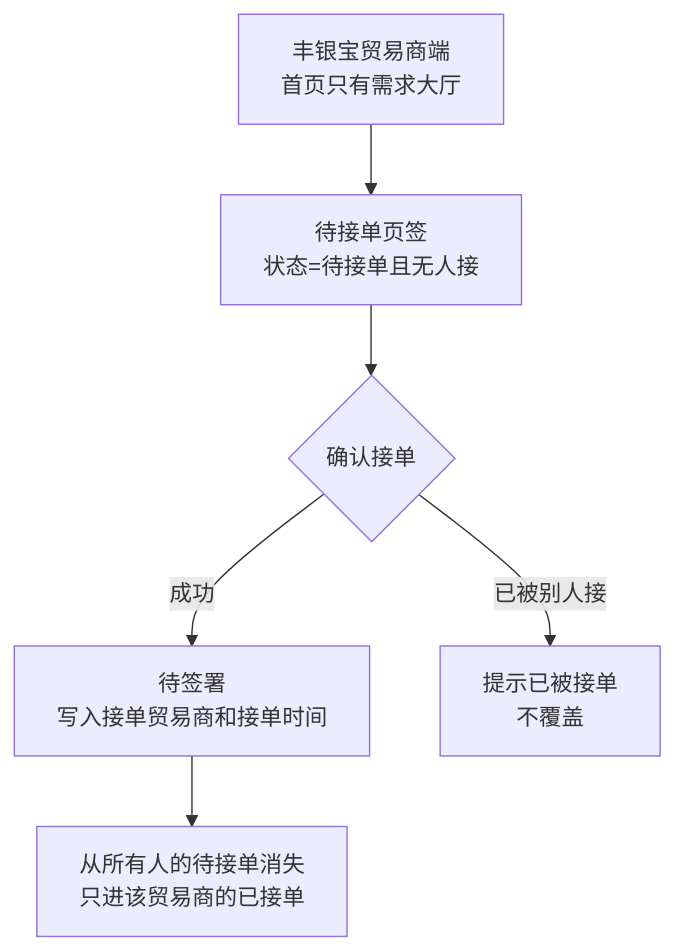
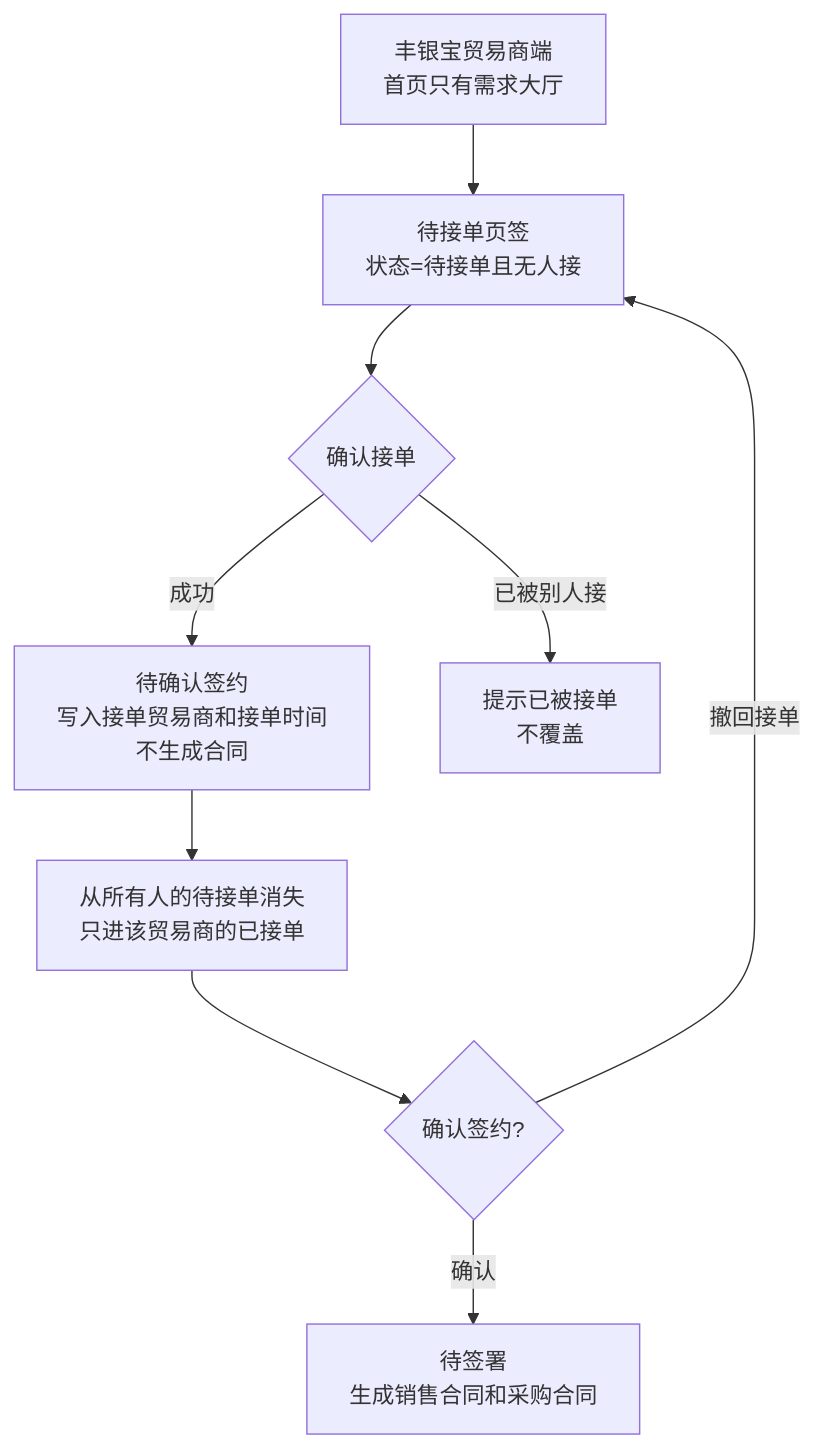
The sixth of 7 diagrams in RBT/docs/整体业务流程图.md (342-droid/LFerp), drawn with Mermaid before and after one commit. The commit also changed other lines of this file and 32 other files, not shown here.

````diff
--- a/RBT/docs/整体业务流程图.md
+++ b/RBT/docs/整体业务流程图.md
@@ -151,8 +149,11 @@
 ```mermaid
 flowchart TB
   T0[丰银宝贸易商端<br/>首页只有需求大厅] --> T1[待接单页签<br/>状态=待接单且无人接]
   T1 --> T2{确认接单}
-  T2 -->|成功| T3[待签署<br/>写入接单贸易商和接单时间]
+  T2 -->|成功| T3[待确认签约<br/>写入接单贸易商和接单时间<br/>不生成合同]
   T2 -->|已被别人接| T4[提示已被接单<br/>不覆盖]
   T3 --> T5[从所有人的待接单消失<br/>只进该贸易商的已接单]
+  T5 --> T6{确认签约?}
+  T6 -->|确认| T7[待签署<br/>生成销售合同和采购合同]
+  T6 -->|撤回接单| T1
 ```
````
